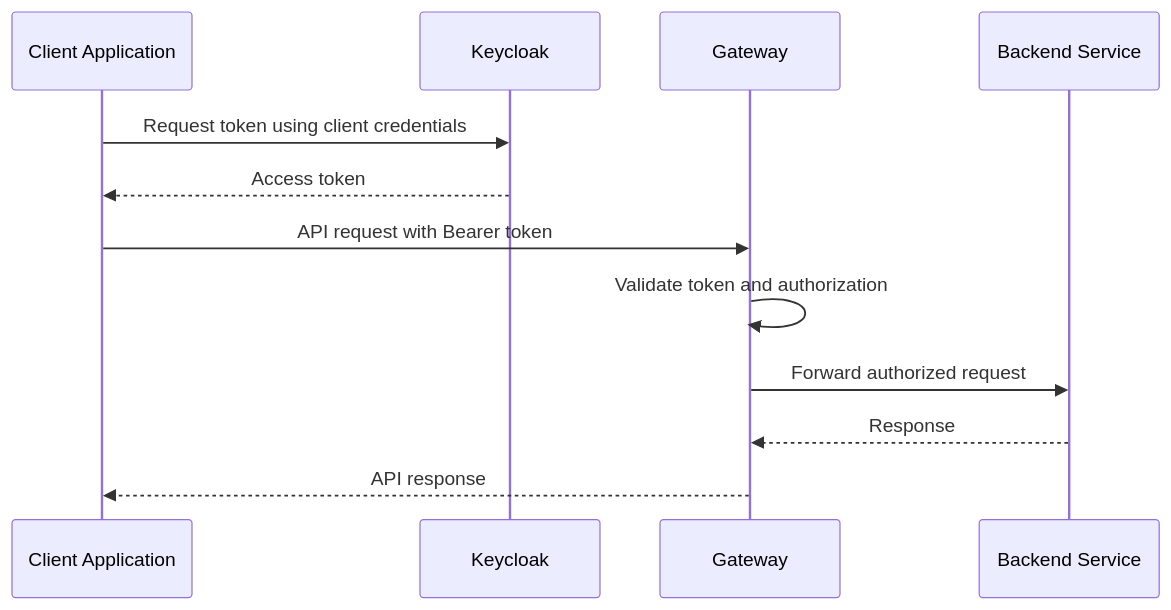
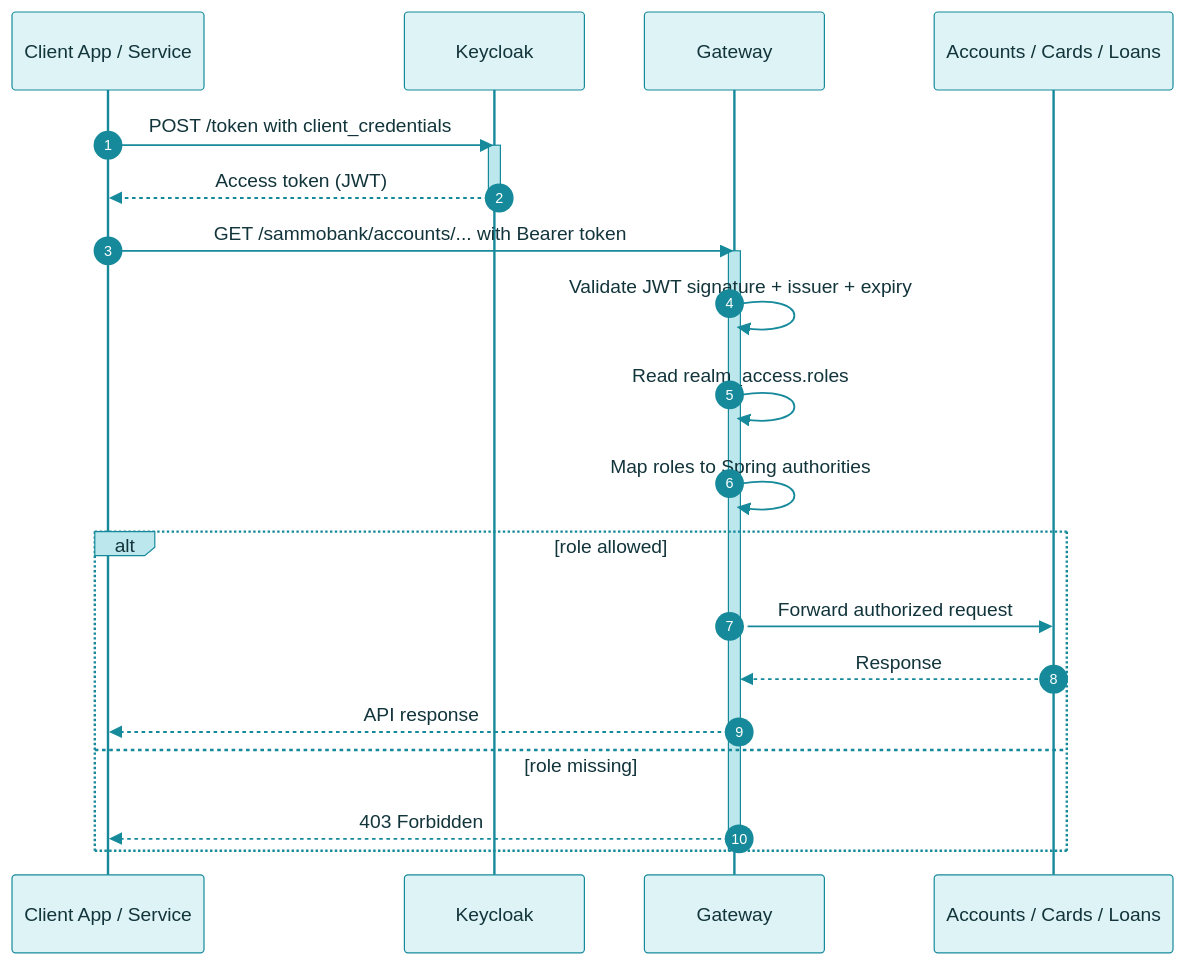
The first of 3 diagrams in docs/keycloak-security.md (SoyaChunkz/MICROSERVICES), drawn with Mermaid before and after one commit. The commit also changed other lines of this file and 6 other files, not shown here.

````diff
--- a/docs/keycloak-security.md
+++ b/docs/keycloak-security.md
@@ -104,15 +103,52 @@
 ```mermaid
+%%{init: {
+  'theme': 'base',
+  'themeVariables': {
+    'primaryColor': '#DDF3F5',
+    'primaryTextColor': '#12343B',
+    'primaryBorderColor': '#168A9B',
+    'lineColor': '#168A9B',
+    'secondaryColor': '#BCE8ED',
+    'tertiaryColor': '#EFFAFA',
+    'actorBkg': '#DDF3F5',
+    'actorBorder': '#168A9B',
+    'actorTextColor': '#12343B',
+    'actorLineColor': '#168A9B',
+    'signalColor': '#168A9B',
+    'signalTextColor': '#12343B',
+    'labelBoxBkgColor': '#BCE8ED',
+    'labelBoxBorderColor': '#168A9B',
+    'labelTextColor': '#12343B',
+    'loopTextColor': '#12343B',
+    'activationBkgColor': '#BCE8ED',
+    'activationBorderColor': '#168A9B',
+    'sequenceNumberColor': '#FFFFFF',
+    'fontFamily': 'Arial, sans-serif'
+  }
+}}%%
 sequenceDiagram
-    participant Client as Client Application
+    autonumber
+    participant Client as Client App / Service
     participant KC as Keycloak
     participant GW as Gateway
-    participant API as Backend Service
+    participant API as Accounts / Cards / Loans
 
-    Client->>KC: Request token using client credentials
-    KC-->>Client: Access token
-    Client->>GW: API request with Bearer token
-    GW->>GW: Validate token and authorization
-    GW->>API: Forward authorized request
-    API-->>GW: Response
-    GW-->>Client: API response
+    Client->>KC: POST /token with client_credentials
+    activate KC
+    KC-->>Client: Access token (JWT)
+    deactivate KC
+
+    Client->>GW: GET /sammobank/accounts/... with Bearer token
+    activate GW
+    GW->>GW: Validate JWT signature + issuer + expiry
+    GW->>GW: Read realm_access.roles
+    GW->>GW: Map roles to Spring authorities
+    alt role allowed
+        GW->>API: Forward authorized request
+        API-->>GW: Response
+        GW-->>Client: API response
+    else role missing
+        GW-->>Client: 403 Forbidden
+    end
+    deactivate GW
 ```
````
